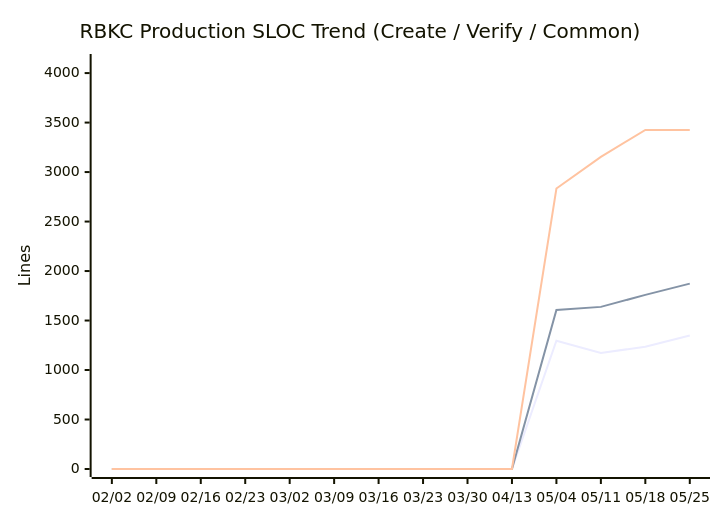
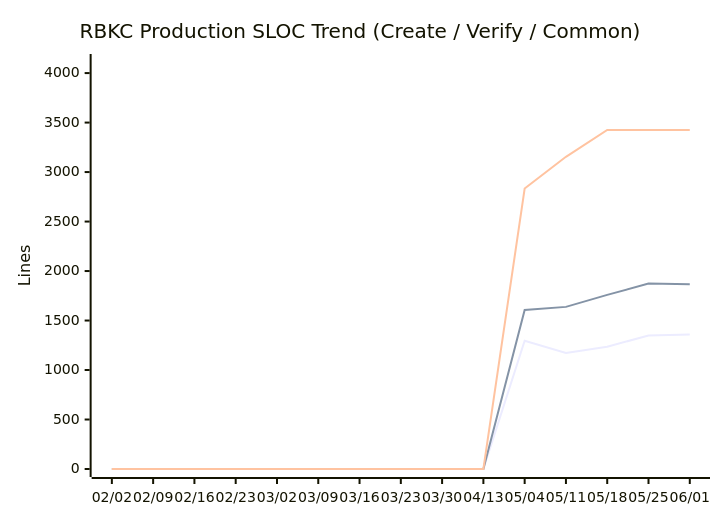
Before and after one commit to nablarch/nabledge-dev: diagram 11 of 14 in docs/metrics.md, drawn with Mermaid. The commit also changed other lines of this file and 2 other files, not shown here.

````diff
--- a/docs/metrics.md
+++ b/docs/metrics.md
@@ -146,9 +146,9 @@
 ```mermaid
 xychart-beta
   title "RBKC Production SLOC Trend (Create / Verify / Common)"
-  x-axis ["02/02", "02/09", "02/16", "02/23", "03/02", "03/09", "03/16", "03/23", "03/30", "04/13", "05/04", "05/11", "05/18", "05/25"]
+  x-axis ["02/02", "02/09", "02/16", "02/23", "03/02", "03/09", "03/16", "03/23", "03/30", "04/13", "05/04", "05/11", "05/18", "05/25", "06/01"]
   y-axis "Lines" 0 --> 4112
-  line [0, 0, 0, 0, 0, 0, 0, 0, 0, 0, 1296, 1172, 1236, 1348]
-  line [0, 0, 0, 0, 0, 0, 0, 0, 0, 0, 1606, 1638, 1759, 1873]
-  line [0, 0, 0, 0, 0, 0, 0, 0, 0, 0, 2834, 3154, 3426, 3426]
+  line [0, 0, 0, 0, 0, 0, 0, 0, 0, 0, 1296, 1172, 1236, 1348, 1359]
+  line [0, 0, 0, 0, 0, 0, 0, 0, 0, 0, 1606, 1638, 1759, 1873, 1867]
+  line [0, 0, 0, 0, 0, 0, 0, 0, 0, 0, 2834, 3154, 3426, 3426, 3425]
 ```
````
